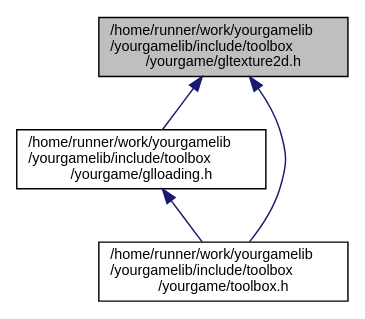
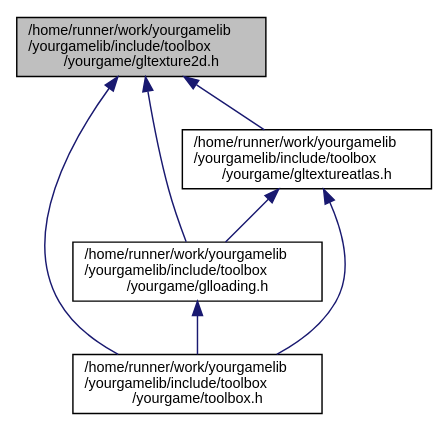
One commit to duddel/yourgamelib changed the diagram in gltexture2d_8h__dep__incl.dot. Above: the diagram before and after it, drawn with Graphviz. The commit also changed 67 other files, not shown here.

```diff
--- a/gltexture2d_8h__dep__incl.dot
+++ b/gltexture2d_8h__dep__incl.dot
@@ -1,11 +1,15 @@
 digraph "/home/runner/work/yourgamelib/yourgamelib/include/toolbox/yourgame/gltexture2d.h"
 {
   edge [fontname="Helvetica",fontsize="10",labelfontname="Helvetica",labelfontsize="10"];
   node [fontname="Helvetica",fontsize="10",shape=record];
   Node4 [label="/home/runner/work/yourgamelib\l/yourgamelib/include/toolbox\l/yourgame/gltexture2d.h",height=0.2,width=0.4,color="black", fillcolor="grey75", style="filled", fontcolor="black"];
   Node4 -> Node5 [dir="back",color="midnightblue",fontsize="10",style="solid",fontname="Helvetica"];
   Node5 [label="/home/runner/work/yourgamelib\l/yourgamelib/include/toolbox\l/yourgame/glloading.h",height=0.2,width=0.4,color="black", fillcolor="white", style="filled",URL="$glloading_8h.html"];
   Node5 -> Node6 [dir="back",color="midnightblue",fontsize="10",style="solid",fontname="Helvetica"];
   Node6 [label="/home/runner/work/yourgamelib\l/yourgamelib/include/toolbox\l/yourgame/toolbox.h",height=0.2,width=0.4,color="black", fillcolor="white", style="filled",URL="$toolbox_8h.html"];
+  Node4 -> Node7 [dir="back",color="midnightblue",fontsize="10",style="solid",fontname="Helvetica"];
+  Node7 [label="/home/runner/work/yourgamelib\l/yourgamelib/include/toolbox\l/yourgame/gltextureatlas.h",height=0.2,width=0.4,color="black", fillcolor="white", style="filled",URL="$gltextureatlas_8h.html"];
+  Node7 -> Node5 [dir="back",color="midnightblue",fontsize="10",style="solid",fontname="Helvetica"];
+  Node7 -> Node6 [dir="back",color="midnightblue",fontsize="10",style="solid",fontname="Helvetica"];
   Node4 -> Node6 [dir="back",color="midnightblue",fontsize="10",style="solid",fontname="Helvetica"];
 }
```
